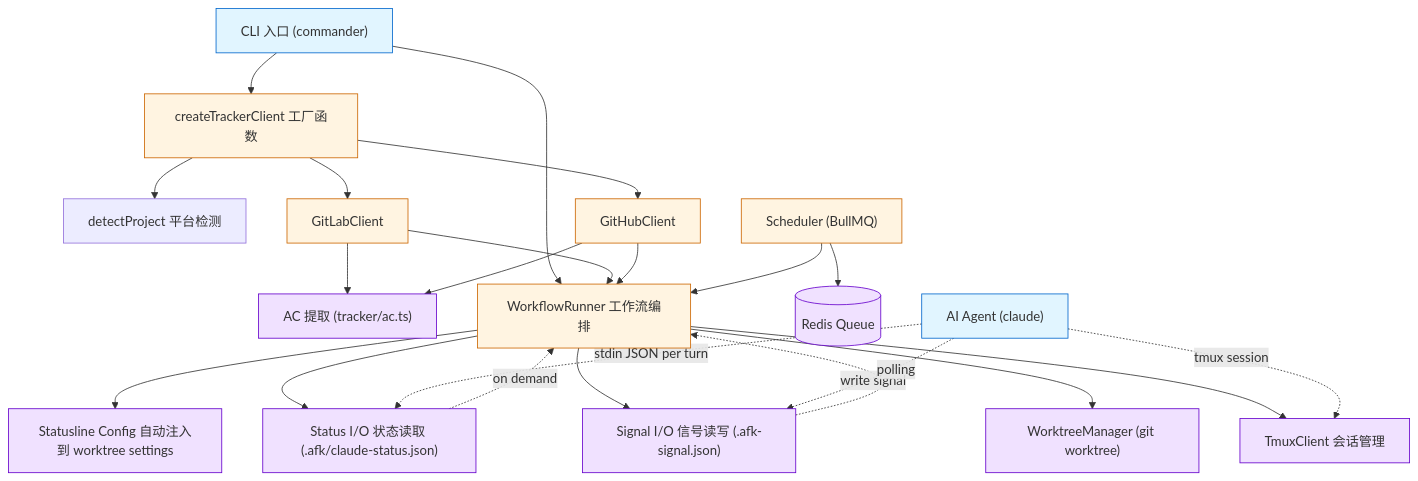
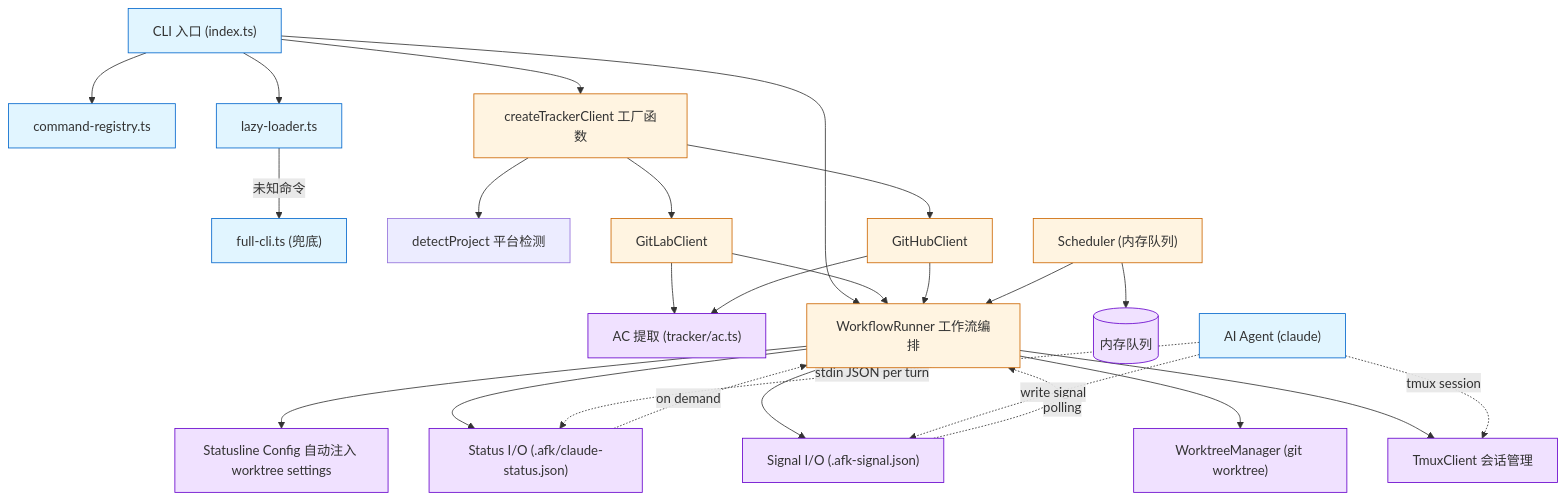
One commit to easyhaloo/afk changed the first of 13 diagrams in docs/ARCHITECTURE_zh.md. Above: the diagram before and after it, drawn with Mermaid. The commit also changed other lines of this file and 6 other files, not shown here.

First line of the commit message:
refactor: align ARCHITECTURE docs with actual implementation

````diff
--- a/docs/ARCHITECTURE_zh.md
+++ b/docs/ARCHITECTURE_zh.md
@@ -22,52 +52,58 @@
 ```mermaid
 graph TD
-    CLI["CLI 入口 (commander)"]
+    CLI["CLI 入口 (index.ts)"]
+    REG["command-registry.ts"]
+    LZ["lazy-loader.ts"]
+    FULL["full-cli.ts (兜底)"]
     Factory["createTrackerClient 工厂函数"]
     Detect["detectProject 平台检测"]
     GL["GitLabClient"]
     GH["GitHubClient"]
     AC["AC 提取 (tracker/ac.ts)"]
     Runner["WorkflowRunner 工作流编排"]
     WT["WorktreeManager (git worktree)"]
     TMUX["TmuxClient 会话管理"]
-    SIG["Signal I/O 信号读写 (.afk-signal.json)"]
-    STATUS["Status I/O 状态读取 (.afk/claude-status.json)"]
-    SCONF["Statusline Config 自动注入到 worktree settings"]
-    Sched["Scheduler (BullMQ)"]
-    Queue[("Redis Queue")]
+    SIG["Signal I/O (.afk-signal.json)"]
+    STATUS["Status I/O (.afk/claude-status.json)"]
+    SCONF["Statusline Config 自动注入 worktree settings"]
+    Sched["Scheduler (内存队列)"]
+    Queue[("内存队列")]
     Agent["AI Agent (claude)"]
 
+    CLI --> REG
+    CLI --> LZ
+    LZ -->|未知命令| FULL
     CLI --> Factory
     Factory --> Detect
     Factory --> GL
     Factory --> GH
 
     CLI --> Runner
     GL --> Runner
     GH --> Runner
     GL --> AC
     GH --> AC
 
     Runner --> WT
     Runner --> TMUX
     Runner --> SIG
     Runner --> STATUS
     Runner --> SCONF
 
     Sched --> Runner
     Sched --> Queue
 
     Agent -. tmux session .-> TMUX
     Agent -. write signal .-> SIG
     Agent -. stdin JSON per turn .-> STATUS
     SIG -. polling .-> Runner
     STATUS -. on demand .-> Runner
 
-    classDef ext fill:#e1f5ff,stroke:#0066cc
+    classDef cli fill:#e1f5ff,stroke:#0066cc
     classDef core fill:#fff4e1,stroke:#cc6600
     classDef io fill:#f0e1ff,stroke:#6600cc
 
-    class CLI,Agent ext
+    class CLI,REG,LZ,FULL,Agent cli
     class Runner,Factory,GL,GH,Sched core
     class WT,TMUX,SIG,STATUS,SCONF,Queue,AC io
 ```
````
